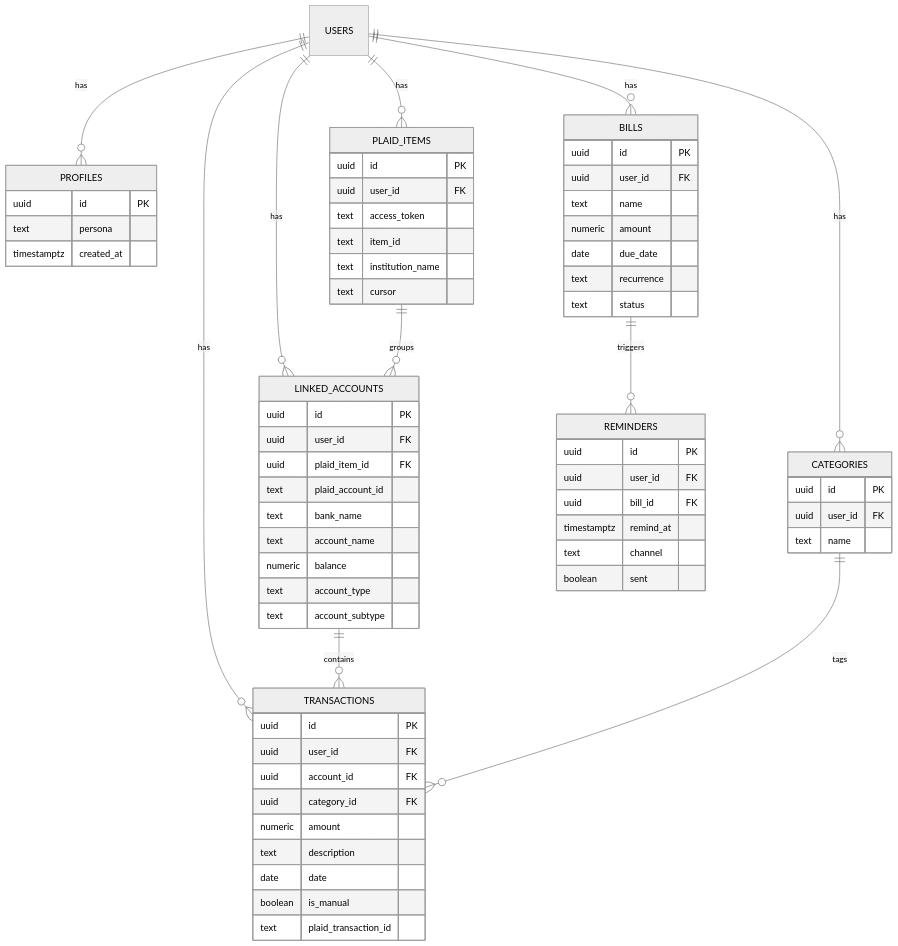
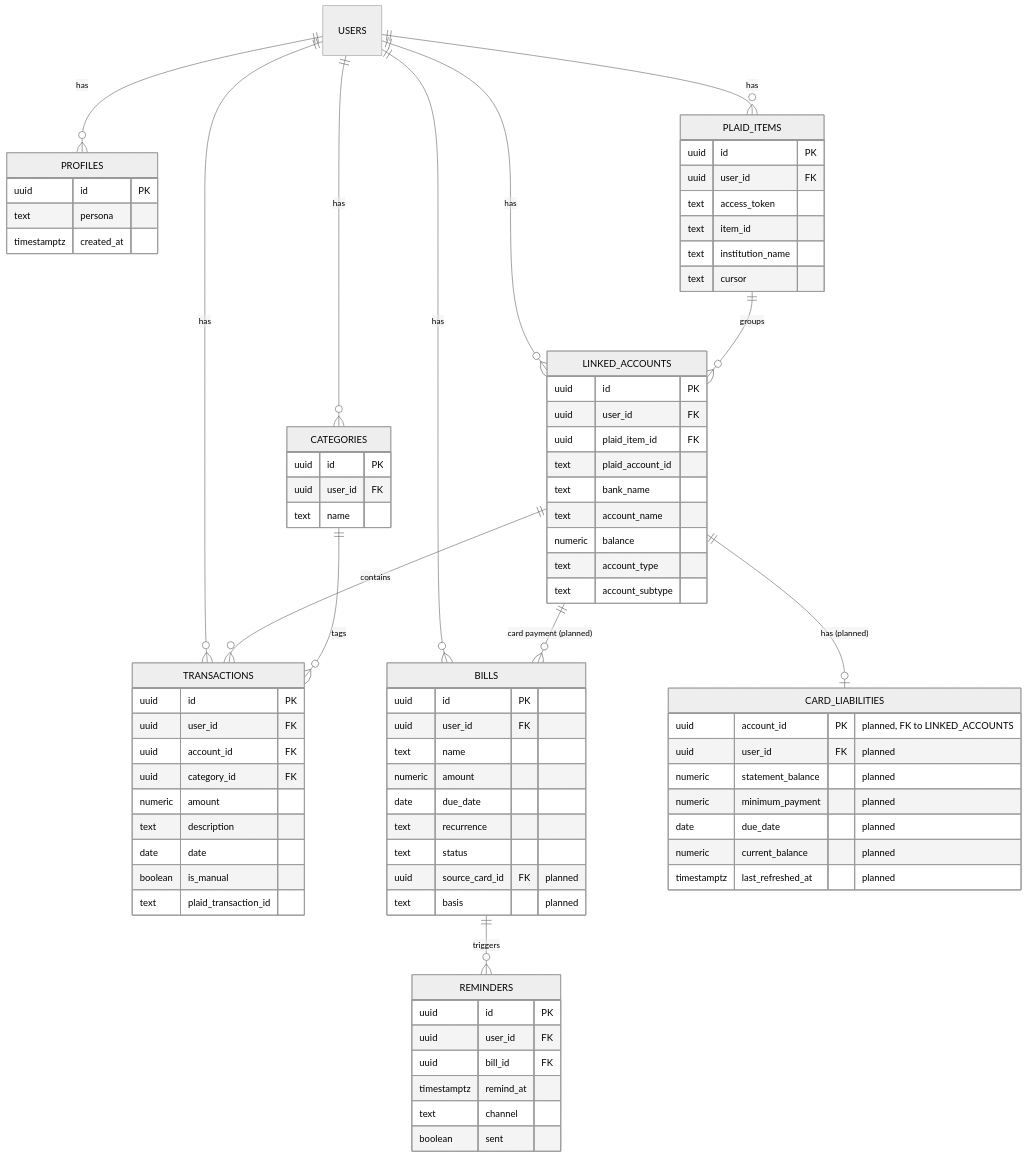
The diagram in docs/database-diagram.md (shaydlg/Week-3---ADHD-Budgeting-App), drawn with Mermaid (neutral theme) before and after one commit. The commit also changed other lines of this file and 4 other files, not shown here.

First line of the commit message:
Fold credit cards into the architecture (ADR-0010 + data model + 0005 migration)

```diff
--- a/docs/database-diagram.md
+++ b/docs/database-diagram.md
@@ -15,6 +15,8 @@
   LINKED_ACCOUNTS ||--o{ TRANSACTIONS : contains
   CATEGORIES ||--o{ TRANSACTIONS : tags
   BILLS ||--o{ REMINDERS : triggers
+  LINKED_ACCOUNTS ||--o| CARD_LIABILITIES : "has (planned)"
+  LINKED_ACCOUNTS ||--o{ BILLS : "card payment (planned)"
 
   PROFILES {
     uuid id PK
@@ -64,6 +66,17 @@
     date due_date
     text recurrence
     text status
+    uuid source_card_id FK "planned"
+    text basis "planned"
+  }
+  CARD_LIABILITIES {
+    uuid account_id PK "planned, FK to LINKED_ACCOUNTS"
+    uuid user_id FK "planned"
+    numeric statement_balance "planned"
+    numeric minimum_payment "planned"
+    date due_date "planned"
+    numeric current_balance "planned"
+    timestamptz last_refreshed_at "planned"
   }
   REMINDERS {
     uuid id PK
```
